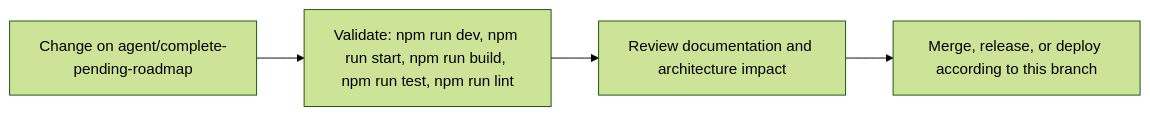
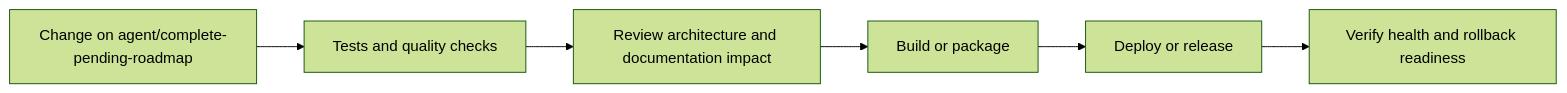
One commit to Nischhalsubba/BindForge-NW changed the fifth of 6 diagrams in README.md. Above: the diagram before and after it, drawn with Mermaid (forest theme). The commit also changed other lines of this file, not shown here.

````diff
--- a/README.md
+++ b/README.md
@@ -88,8 +184,8 @@
 ```mermaid
 flowchart LR
-    CHANGE["Change on agent/complete-pending-roadmap"]
-    CHECK["Validate: npm run dev, npm run start, npm run build, npm run test, npm run lint"]
-    REVIEW["Review documentation and architecture impact"]
-    RELEASE["Merge, release, or deploy according to this branch"]
-    CHANGE --> CHECK --> REVIEW --> RELEASE
+    CHANGE["Change on agent/complete-pending-roadmap"] --> CHECK["Tests and quality checks"]
+    CHECK --> REVIEW["Review architecture and documentation impact"]
+    REVIEW --> BUILD["Build or package"]
+    BUILD --> DEPLOY["Deploy or release"]
+    DEPLOY --> VERIFY["Verify health and rollback readiness"]
 ```
````
